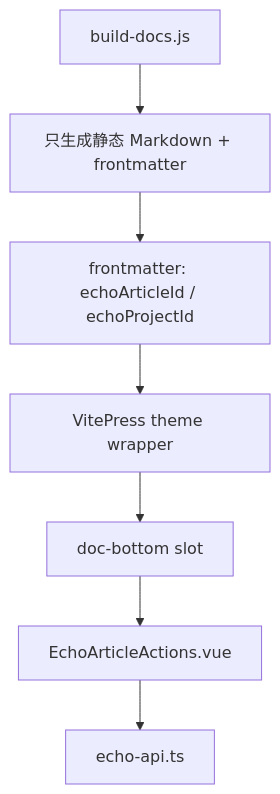
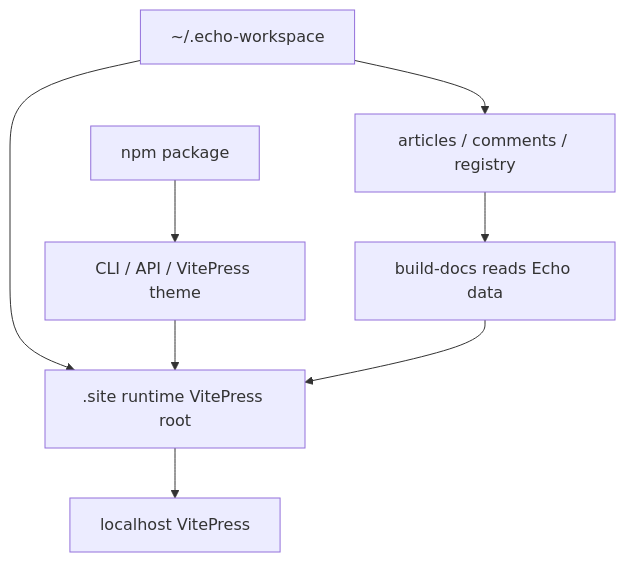
Before and after one commit to daxiguaguagua-hash/echo: the diagram in issues/006-vitepress-vue-component-refactor.md, drawn with Mermaid. The commit also changed other lines of this file and 9 other files, not shown here.

Commit message:
Serve Echo docs from runtime workspace

````diff
--- a/issues/006-vitepress-vue-component-refactor.md
+++ b/issues/006-vitepress-vue-component-refactor.md
@@ -37,9 +40,10 @@
 ```mermaid
 flowchart TD
-  A["build-docs.js"] --> B["只生成静态 Markdown + frontmatter"]
-  B --> C["frontmatter: echoArticleId / echoProjectId"]
-  C --> D["VitePress theme wrapper"]
-  D --> E["doc-bottom slot"]
-  E --> F["EchoArticleActions.vue"]
-  F --> G["echo-api.ts"]
+  A["npm package"] --> B["CLI / API / VitePress theme"]
+  C["~/.echo-workspace"] --> D["articles / comments / registry"]
+  C --> E[".site runtime VitePress root"]
+  B --> E
+  D --> F["build-docs reads Echo data"]
+  F --> E
+  E --> G["localhost VitePress"]
 ```
````
